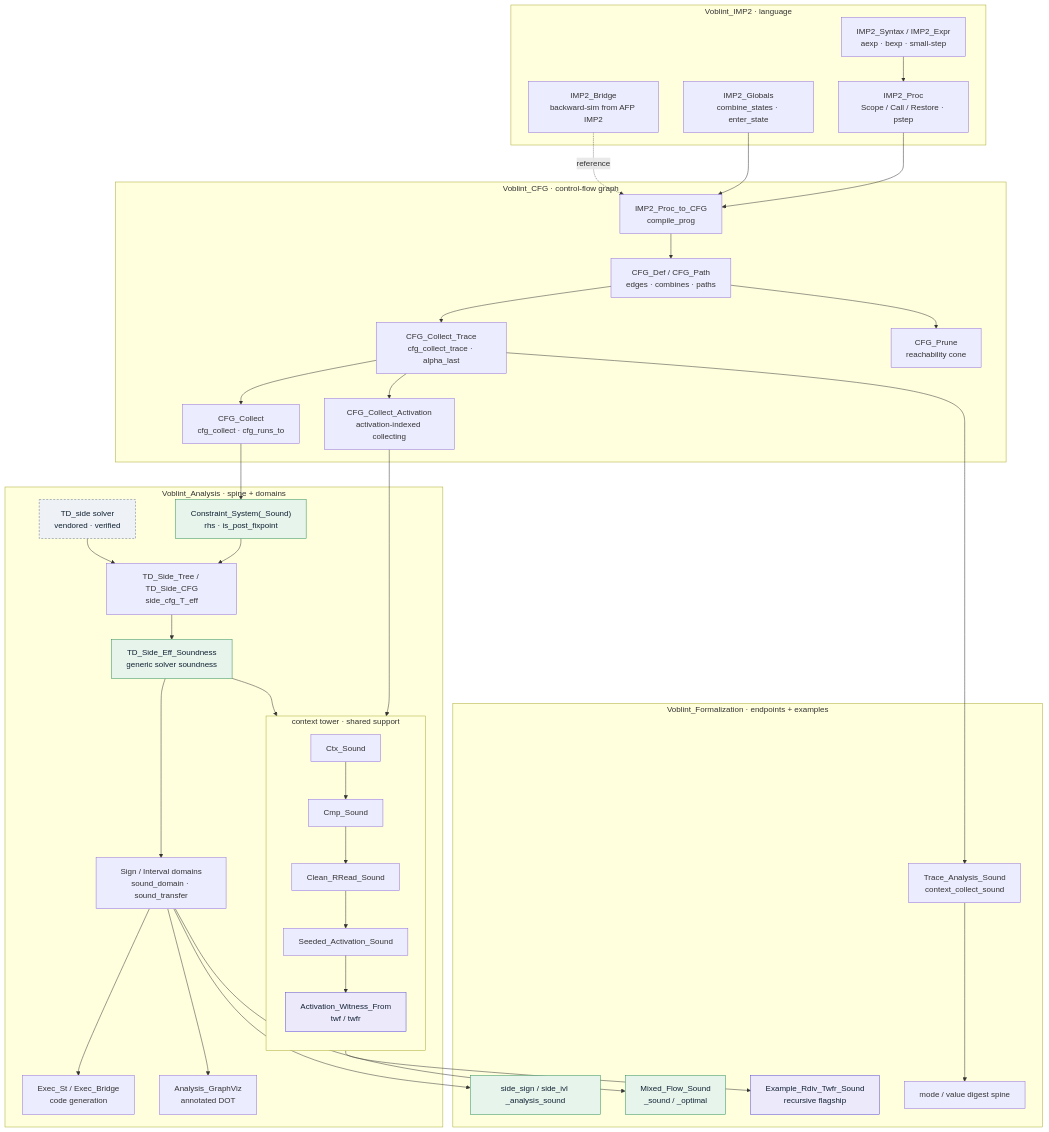
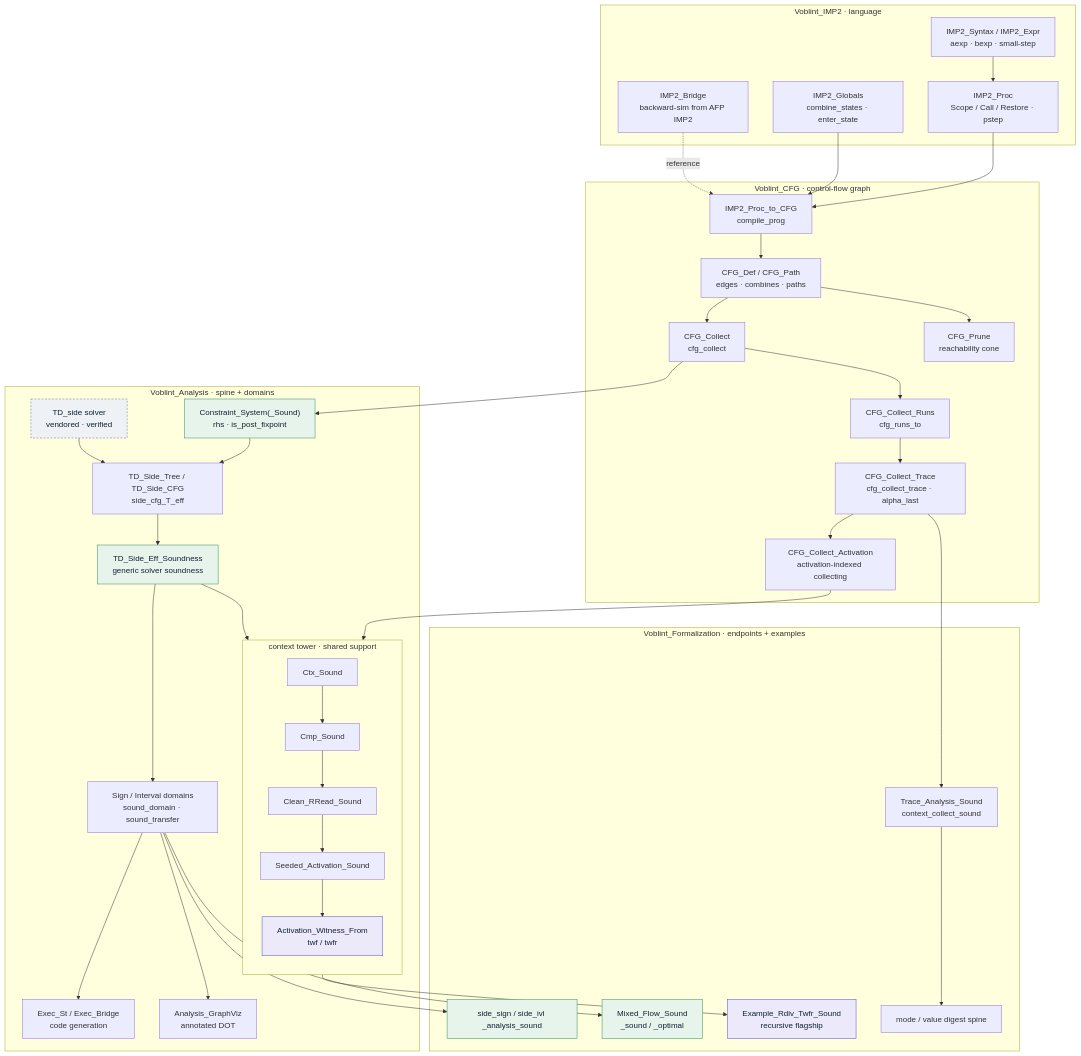
One commit to ManuelLerchner/Voblint-Verification-Master-Thesis changed the first of 2 diagrams in README.md. Above: the diagram before and after it, drawn with Mermaid. The commit also changed other lines of this file and 23 other files, not shown here.

````diff
--- a/README.md
+++ b/README.md
@@ -71,64 +79,65 @@
 ```mermaid
 flowchart TB
   classDef spine fill:#e7f4ec,stroke:#2f8f5b,color:#123;
   classDef witness fill:#ece9fb,stroke:#5b4bd6,color:#123;
   classDef vend fill:#eef1f5,stroke:#64748b,color:#123,stroke-dasharray:4 3;
 
   subgraph S1["Voblint_IMP2 · language"]
     L1["IMP2_Syntax / IMP2_Expr<br/>aexp · bexp · small-step"]
     L2["IMP2_Proc<br/>Scope / Call / Restore · pstep"]
     L3["IMP2_Globals<br/>combine_states · enter_state"]
     L4["IMP2_Bridge<br/>backward-sim from AFP IMP2"]
   end
   subgraph S2["Voblint_CFG · control-flow graph"]
     G1["IMP2_Proc_to_CFG<br/>compile_prog"]
     G2["CFG_Def / CFG_Path<br/>edges · combines · paths"]
-    G3["CFG_Collect_Trace<br/>cfg_collect_trace · alpha_last"]
-    G4["CFG_Collect<br/>cfg_collect · cfg_runs_to"]
+    G3["CFG_Collect<br/>cfg_collect"]
+    G4["CFG_Collect_Runs<br/>cfg_runs_to"]
+    G7["CFG_Collect_Trace<br/>cfg_collect_trace · alpha_last"]
     G5["CFG_Collect_Activation<br/>activation-indexed collecting"]
     G6["CFG_Prune<br/>reachability cone"]
   end
   subgraph S3["Voblint_Analysis · spine + domains"]
     C1["Constraint_System(_Sound)<br/>rhs · is_post_fixpoint"]
     C2["TD_Side_Tree / TD_Side_CFG<br/>side_cfg_T_eff"]
     C3["TD_Side_Eff_Soundness<br/>generic solver soundness"]
     TD["TD_side solver<br/>vendored · verified"]
     subgraph TOWER["context tower · shared support"]
       direction TB
       T1["Ctx_Sound"] --> T2["Cmp_Sound"] --> T3["Clean_RRead_Sound"] --> T4["Seeded_Activation_Sound"] --> T5["Activation_Witness_From<br/>twf / twfr"]
     end
     D1["Sign / Interval domains<br/>sound_domain · sound_transfer"]
     EX["Exec_St / Exec_Bridge<br/>code generation"]
     GV["Analysis_GraphViz<br/>annotated DOT"]
   end
   subgraph S4["Voblint_Formalization · endpoints + examples"]
     F0["side_sign / side_ivl _analysis_sound"]
     FM["Mixed_Flow_Sound<br/>_sound / _optimal"]
     FT["Trace_Analysis_Sound<br/>context_collect_sound"]
     F1["Example_Rdiv_Twfr_Sound<br/>recursive flagship"]
     F2["mode / value digest spine"]
   end
 
   L1 --> L2 --> G1
   L3 --> G1
   L4 -. reference .-> G1
-  G1 --> G2 --> G3 --> G4
-  G3 --> G5
+  G1 --> G2 --> G3 --> G4 --> G7
+  G7 --> G5
   G2 --> G6
-  G4 --> C1 --> C2 --> C3
+  G3 --> C1 --> C2 --> C3
   TD --> C2
   C3 --> TOWER
   G5 --> T4
   C3 --> D1
   D1 --> EX
   D1 --> F0
   D1 --> FM
-  G3 --> FT
+  G7 --> FT
   T5 --> F1
   FT --> F2
   D1 --> GV
 
   class C1,C3,F0,FM spine;
   class T5,F1 witness;
   class TD vend;
 ```
````
